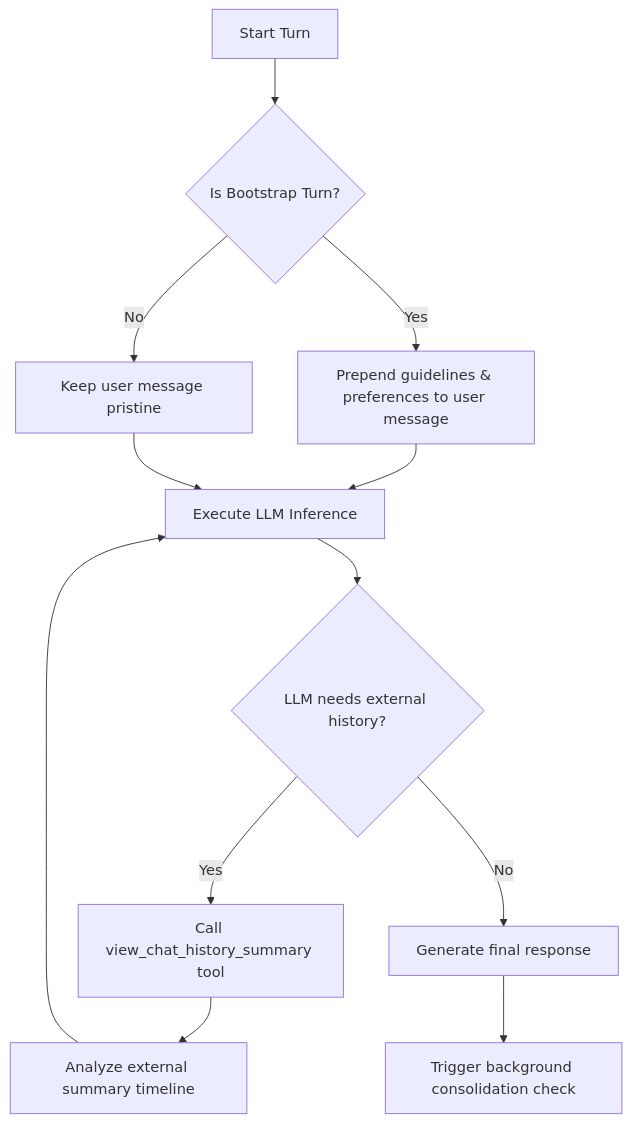
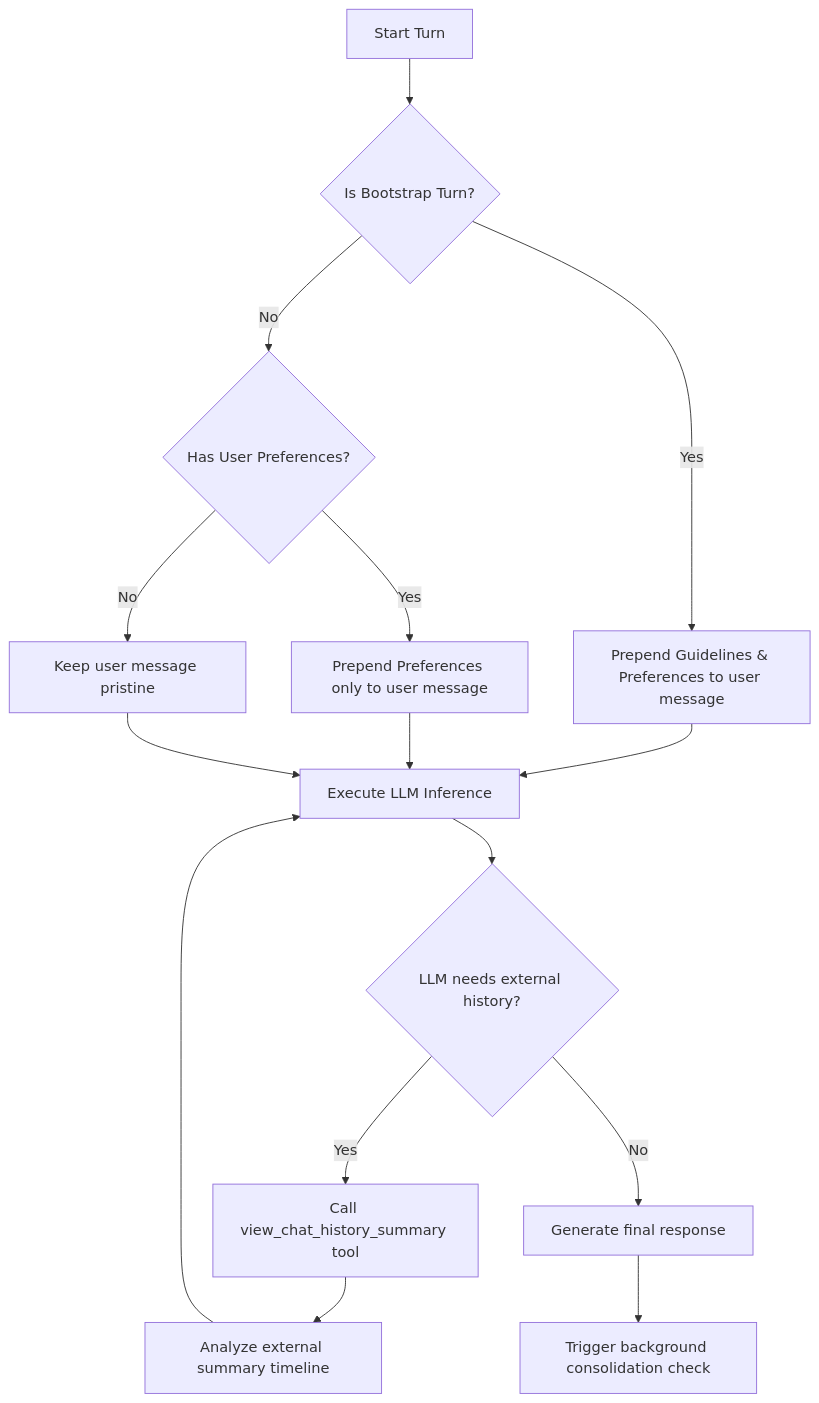
Before and after one commit to codescv/kesoku: the diagram in docs/MEMORY_DESIGN_v2.md, drawn with Mermaid. The commit also changed other lines of this file and 5 other files, not shown here.

Commit message:
feat(memory): make user preferences injection unconditional and fix session status turns

````diff
--- a/docs/MEMORY_DESIGN_v2.md
+++ b/docs/MEMORY_DESIGN_v2.md
@@ -45,14 +45,17 @@
 ```mermaid
 graph TD
     A[Start Turn] --> B{Is Bootstrap Turn?}
-    B -- Yes --> C[Prepend guidelines & preferences to user message]
-    B -- No --> D[Keep user message pristine]
-    C --> E[Execute LLM Inference]
-    D --> E
-    E --> F{LLM needs external history?}
-    F -- Yes --> G[Call view_chat_history_summary tool]
-    G --> H[Analyze external summary timeline]
-    H --> E
-    F -- No --> I[Generate final response]
-    I --> J[Trigger background consolidation check]
+    B -- Yes --> C[Prepend Guidelines & Preferences to user message]
+    B -- No --> D{Has User Preferences?}
+    D -- Yes --> E[Prepend Preferences only to user message]
+    D -- No --> F[Keep user message pristine]
+    C --> G[Execute LLM Inference]
+    E --> G
+    F --> G
+    G --> H{LLM needs external history?}
+    H -- Yes --> I[Call view_chat_history_summary tool]
+    I --> J[Analyze external summary timeline]
+    J --> G
+    H -- No --> K[Generate final response]
+    K --> L[Trigger background consolidation check]
 ```
````
